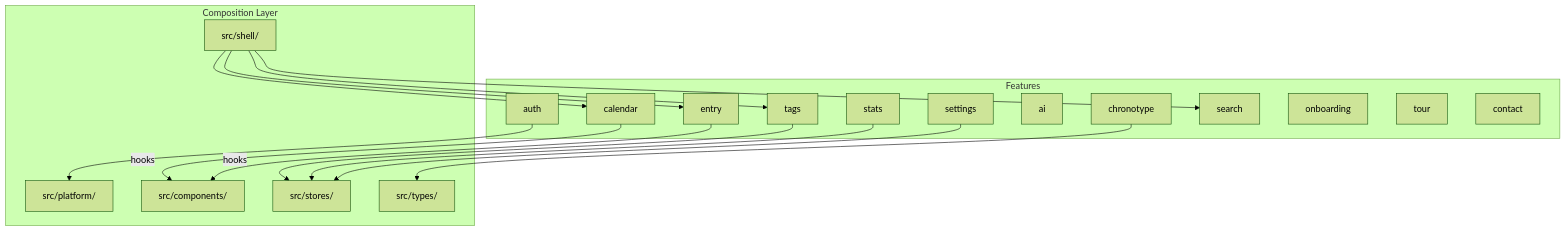
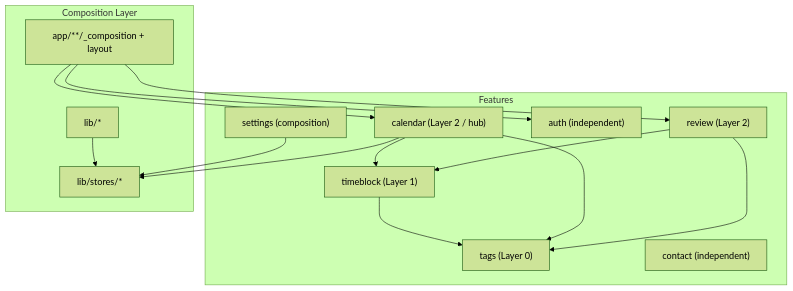
The fifth of 6 diagrams in docs/engineering/architecture.md (Dayopt/app), drawn with Mermaid (forest theme) before and after one commit. The commit also changed other lines of this file and 12 other files, not shown here.

````diff
--- a/docs/engineering/architecture.md
+++ b/docs/engineering/architecture.md
@@ -151,38 +151,30 @@
 ```mermaid
 graph TD
 subgraph Features
-CAL["calendar"]
-ENT["entry"]
-TAG["tags"]
-AUTH["auth"]
-STAT["stats"]
-SET["settings"]
-AI["ai"]
-CHRONO["chronotype"]
-SEARCH["search"]
-ONBOARD["onboarding"]
-TOUR["tour"]
-CONTACT["contact"]
+TAG["tags (Layer 0)"]
+TB["timeblock (Layer 1)"]
+CAL["calendar (Layer 2 / hub)"]
+REV["review (Layer 2)"]
+AUTH["auth (independent)"]
+CONTACT["contact (independent)"]
+SET["settings (composition)"]
 end
 
     subgraph Composition["Composition Layer"]
-        SHELL["src/shell/"]
-        PLAT["src/platform/"]
-        COMP["src/components/"]
-        STORE["src/stores/"]
-        TYPES["src/types/"]
+        APP["app/**/_composition + layout"]
+        LIB["lib/*"]
+        STORE["lib/stores/*"]
     end
 
-    CAL -->|"hooks"| COMP
-    ENT -->|"hooks"| COMP
-    TAG --> STORE
-    AUTH --> PLAT
-    STAT --> STORE
+    TB --> TAG
+    CAL --> TB
+    CAL --> TAG
+    REV --> TB
+    REV --> TAG
+    APP --> CAL
+    APP --> REV
+    APP --> AUTH
     SET --> STORE
-    CHRONO --> TYPES
-
-    SHELL --> CAL
-    SHELL --> ENT
-    SHELL --> TAG
-    SHELL --> SEARCH
+    CAL --> STORE
+    LIB --> STORE
 ```
````
